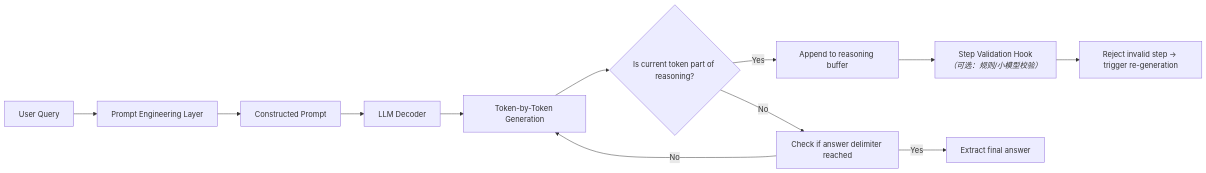
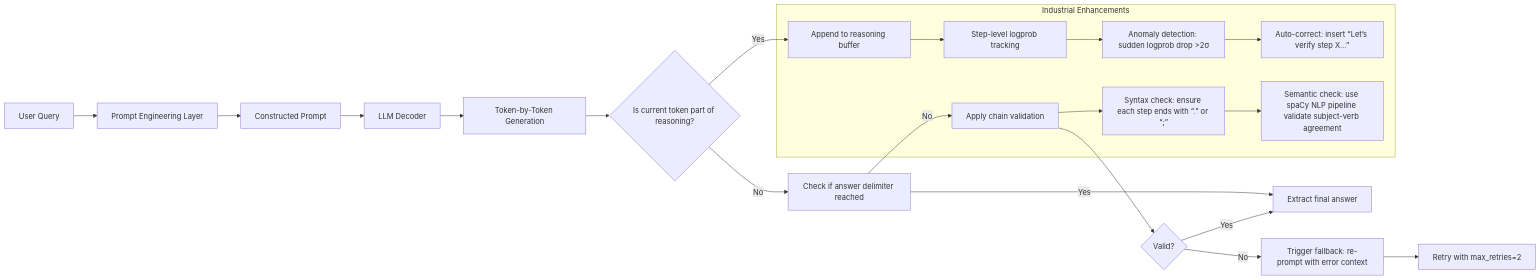
The diagram in 11-提示词工程/cot思维链.md (liuwei1993/ai-llm-agent-knowledge), drawn with Mermaid before and after one commit. The commit also changed other lines of this file and 1 other file, not shown here.

````diff
--- a/11-提示词工程/cot思维链.md
+++ b/11-提示词工程/cot思维链.md
@@ -47,14 +57,24 @@
 ```mermaid
 graph LR
 A[User Query] --> B[Prompt Engineering Layer]
 B --> C[Constructed Prompt]
 C --> D[LLM Decoder]
 D --> E[Token-by-Token Generation]
 E --> F{Is current token part of reasoning?}
 F -->|Yes| G[Append to reasoning buffer]
 F -->|No| H[Check if answer delimiter reached]
 H -->|Yes| I[Extract final answer]
-H -->|No| E
-G --> J[Step Validation Hook<br><i>（可选：规则/小模型校验）</i>]
-J --> K[Reject invalid step → trigger re-generation]
+H -->|No| J[Apply chain validation]
+J --> K{Valid?}
+K -->|Yes| I
+K -->|No| L[Trigger fallback: re-prompt with error context]
+L --> M[Retry with max_retries=2]
+
+subgraph Industrial Enhancements
+G --> N[Step-level logprob tracking]
+N --> O[Anomaly detection: sudden logprob drop >2σ]
+O --> P[Auto-correct: insert “Let’s verify step X…”]
+J --> Q[Syntax check: ensure each step ends with “.” or “;”]
+Q --> R[Semantic check: use spaCy NLP pipeline validate subject-verb agreement]
+end
 ```
````
